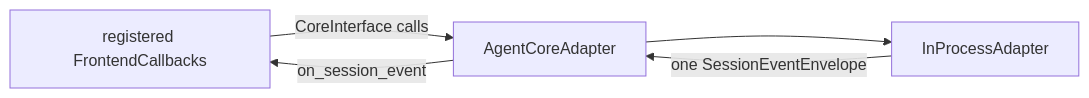
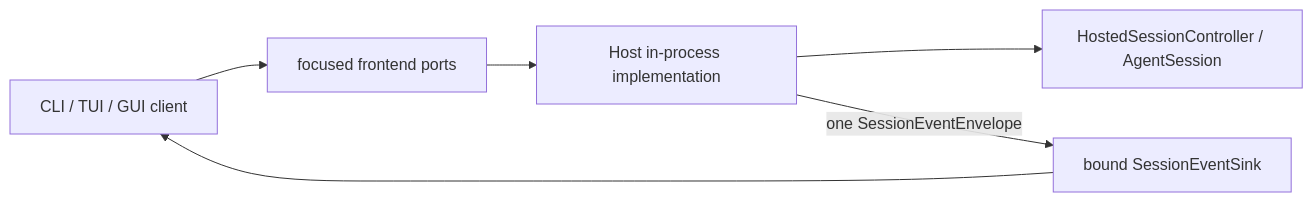
Before and after one commit to czh869452912/ccode-win7: the diagram in docs/platform/protocol.md, drawn with Mermaid. The commit also changed other lines of this file and 16 other files, not shown here.

Commit message:
docs: close cli client runtime convergence

````diff
--- a/docs/platform/protocol.md
+++ b/docs/platform/protocol.md
@@ -60,7 +60,8 @@
 ```mermaid
 flowchart LR
-    UI["registered FrontendCallbacks"] -->|CoreInterface calls| A["AgentCoreAdapter"]
-    A --> H["InProcessAdapter"]
-    H -->|one SessionEventEnvelope| A
-    A -->|on_session_event| UI
+    UI["CLI / TUI / GUI client"] --> P["focused frontend ports"]
+    P --> H["Host in-process implementation"]
+    H --> C["HostedSessionController / AgentSession"]
+    H -->|"one SessionEventEnvelope"| S["bound SessionEventSink"]
+    S --> UI
 ```
````
